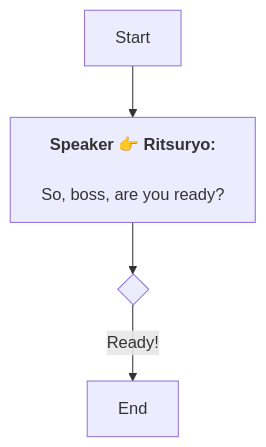
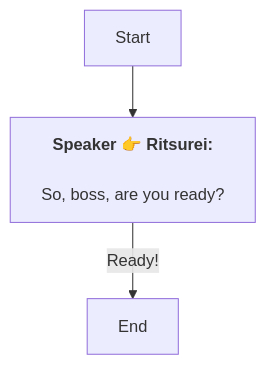
Before and after one commit to SoftHu/tos_avg: the diagram in En/QuestTalkObjectiveNode_1758366220204699.md, drawn with Mermaid. The commit also changed 737 other files, not shown here.

````diff
--- a/En/QuestTalkObjectiveNode_1758366220204699.md
+++ b/En/QuestTalkObjectiveNode_1758366220204699.md
@@ -1,9 +1,7 @@
 ```mermaid
 graph
-Start -->1758366327316126[<b>Speaker 👉 Ritsuryo:</b>
+Start -->1758366327316126[<b>Speaker 👉 Ritsurei:</b>
+\nSo, boss, are you ready?]
+1758366327316126 -->|Ready!|1758366809993892[End]
 
-So, boss, are you ready?]
-1758366327316126 -->1758366352778911{ }
-1758366352778911 -->|Ready!|1758366809993892[End]
-
- ```
+```
````
